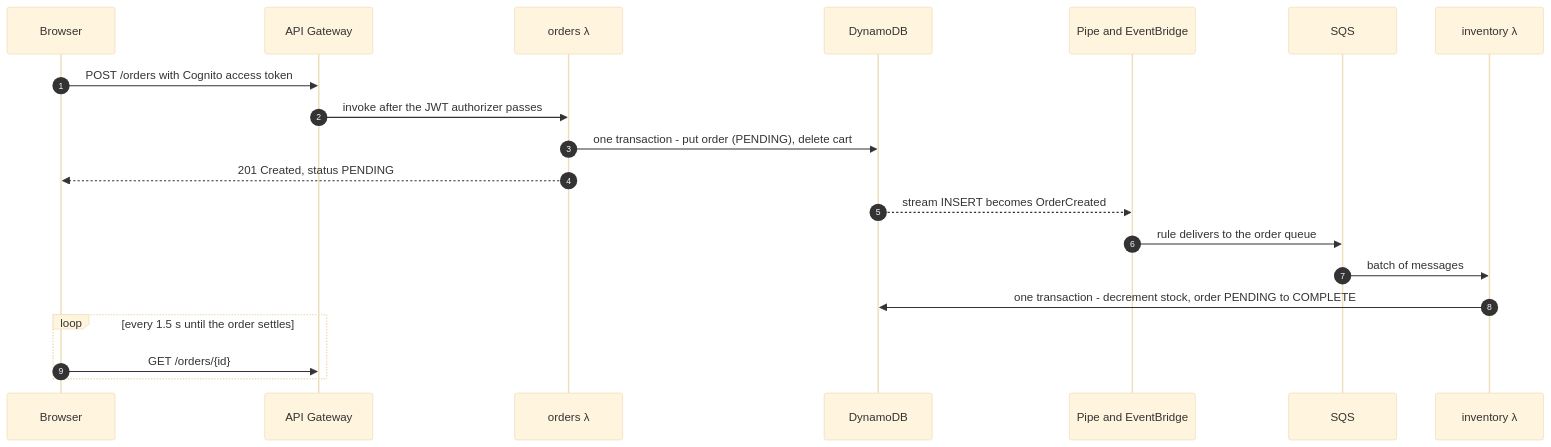
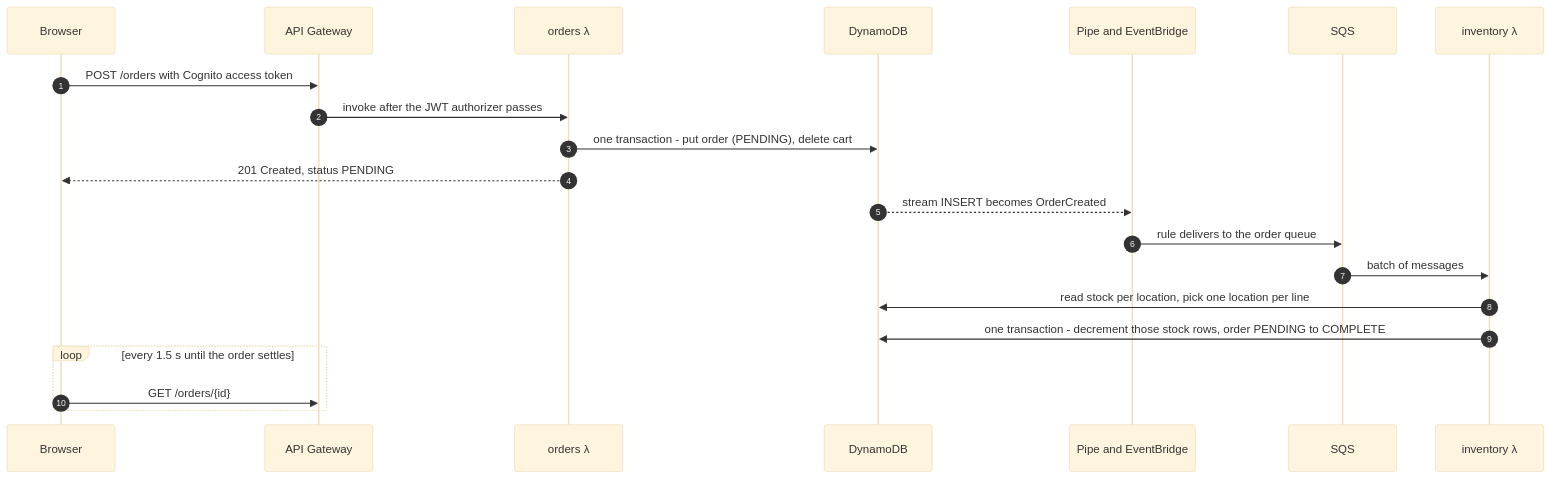
Before and after one commit to chateauJ/cloudcart: the second of 3 diagrams in README.md, drawn with Mermaid (base theme). The commit also changed other lines of this file and 33 other files, not shown here.

First line of the commit message:
Hold stock per location and allocate warehouse-first (Step 8.4)

````diff
--- a/README.md
+++ b/README.md
@@ -52,22 +54,23 @@
 ```mermaid
 sequenceDiagram
     autonumber
     participant B as Browser
     participant API as API Gateway
     participant O as orders λ
     participant DB as DynamoDB
     participant EB as Pipe and EventBridge
     participant Q as SQS
     participant I as inventory λ
     B->>API: POST /orders with Cognito access token
     API->>O: invoke after the JWT authorizer passes
     O->>DB: one transaction - put order (PENDING), delete cart
     O-->>B: 201 Created, status PENDING
     DB-->>EB: stream INSERT becomes OrderCreated
     EB->>Q: rule delivers to the order queue
     Q->>I: batch of messages
-    I->>DB: one transaction - decrement stock, order PENDING to COMPLETE
+    I->>DB: read stock per location, pick one location per line
+    I->>DB: one transaction - decrement those stock rows, order PENDING to COMPLETE
     loop every 1.5 s until the order settles
         B->>API: GET /orders/{id}
     end
 ```
````
